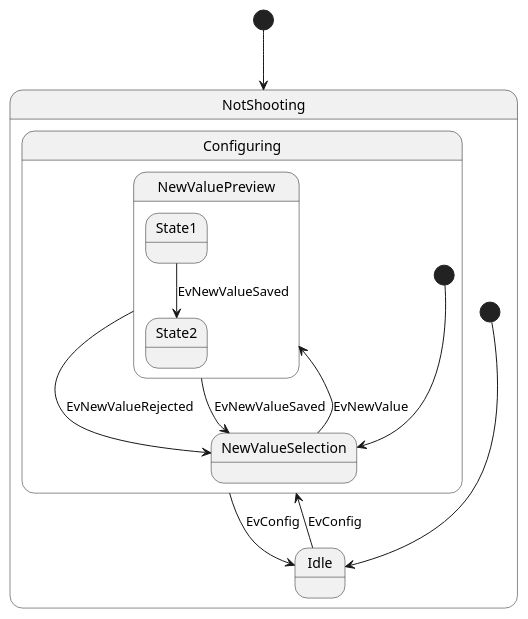
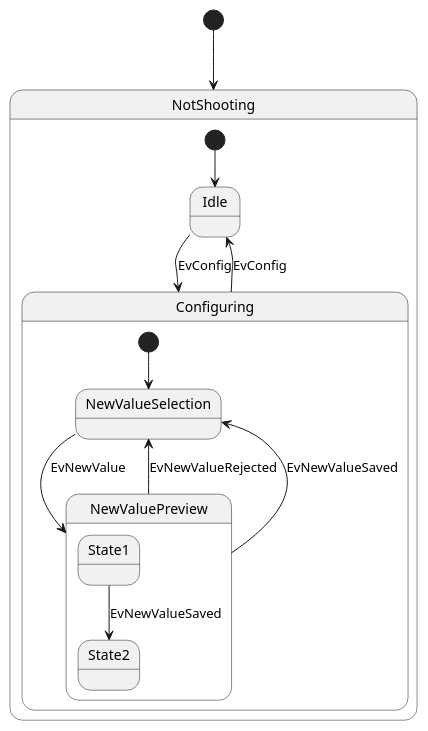
Before and after one commit to Konstantin-Dudersky/dataclass_to_diagram_rs: the diagram in dataclass_to_diagram_rs_test/diagrams/state_machine_3.puml, drawn with PlantUML. The commit also changed 9 other files, not shown here.

```diff
--- a/dataclass_to_diagram_rs_test/diagrams/state_machine_3.puml
+++ b/dataclass_to_diagram_rs_test/diagrams/state_machine_3.puml
@@ -1,27 +1,27 @@
 @startuml
 
-state "NotShooting" as _2NotShooting {
-    state "Configuring" as _5NotShootingConfiguring {
-        state "NewValuePreview" as _8NotShootingConfiguringNewValuePreview {
-            state "State1" as _9NotShootingConfiguringNewValuePreviewState1
-            state "State2" as _10NotShootingConfiguringNewValuePreviewState2
+state Start <<start>>
+state "NotShooting" as NotShooting {
+    state NotShootingStart <<start>>
+    state "Idle" as NotShootingIdle
+    state "Configuring" as NotShootingConfiguring {
+        state NotShootingConfiguringStart <<start>>
+        state "NewValueSelection" as NotShootingConfiguringNewValueSelection
+        state "NewValuePreview" as NotShootingConfiguringNewValuePreview {
+            state "State1" as NotShootingConfiguringNewValuePreviewState1
+            state "State2" as NotShootingConfiguringNewValuePreviewState2
         }
-        state "NewValueSelection" as _7NotShootingConfiguringNewValueSelection
-        state _6NotShootingConfiguringStart <<start>>
     }
-    state "Idle" as _4NotShootingIdle
-    state _3NotShootingStart <<start>>
 }
-state _1Start <<start>>
 
-_1Start --> _2NotShooting
-_3NotShootingStart --> _4NotShootingIdle
-_4NotShootingIdle --> _5NotShootingConfiguring : EvConfig
-_5NotShootingConfiguring --> _4NotShootingIdle : EvConfig
-_6NotShootingConfiguringStart --> _7NotShootingConfiguringNewValueSelection
-_7NotShootingConfiguringNewValueSelection --> _8NotShootingConfiguringNewValuePreview : EvNewValue
-_8NotShootingConfiguringNewValuePreview --> _7NotShootingConfiguringNewValueSelection : EvNewValueRejected
-_8NotShootingConfiguringNewValuePreview --> _7NotShootingConfiguringNewValueSelection : EvNewValueSaved
-_9NotShootingConfiguringNewValuePreviewState1 --> _10NotShootingConfiguringNewValuePreviewState2 : EvNewValueSaved
+Start --> NotShooting
+NotShootingStart --> NotShootingIdle
+NotShootingIdle --> NotShootingConfiguring : EvConfig
+NotShootingConfiguring --> NotShootingIdle : EvConfig
+NotShootingConfiguringStart --> NotShootingConfiguringNewValueSelection
+NotShootingConfiguringNewValueSelection --> NotShootingConfiguringNewValuePreview : EvNewValue
+NotShootingConfiguringNewValuePreview --> NotShootingConfiguringNewValueSelection : EvNewValueRejected
+NotShootingConfiguringNewValuePreview --> NotShootingConfiguringNewValueSelection : EvNewValueSaved
+NotShootingConfiguringNewValuePreviewState1 --> NotShootingConfiguringNewValuePreviewState2 : EvNewValueSaved
 
 @enduml
```
